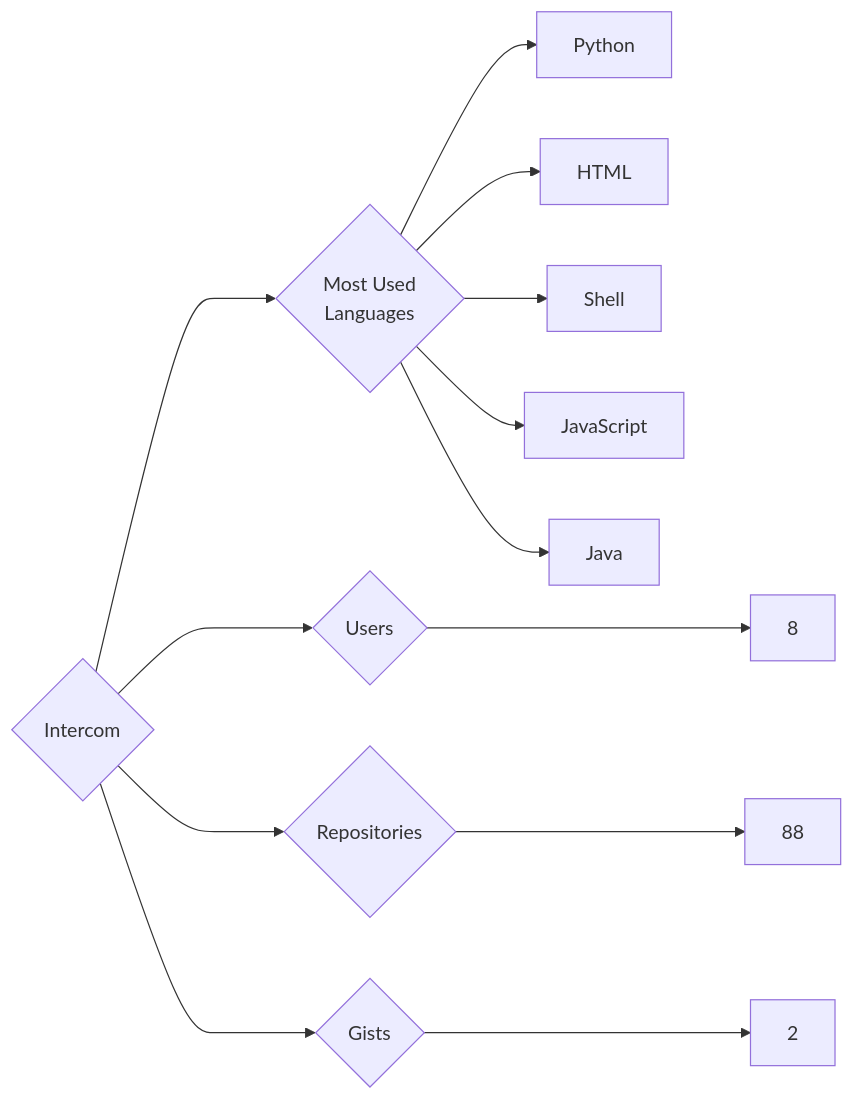
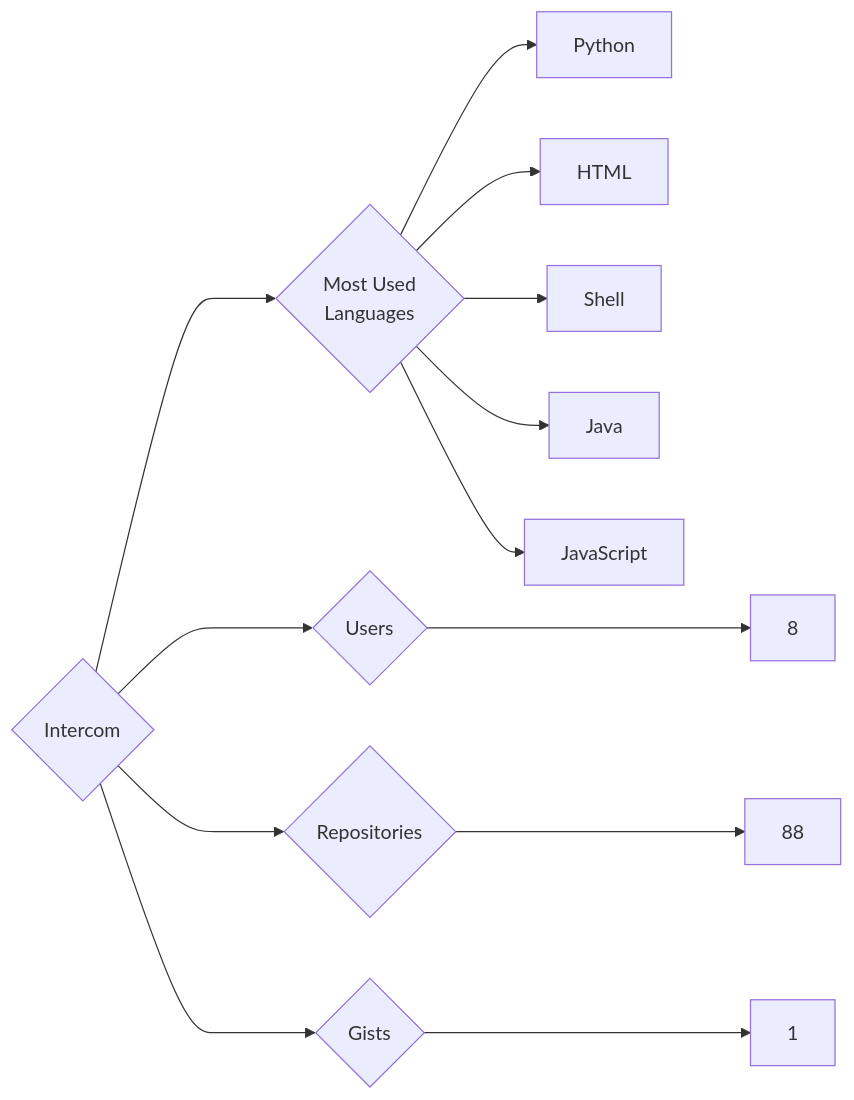
The diagram in targets/Intercom/README.md (trickest/insiders), drawn with Mermaid before and after one commit. The commit also changed 1007 other files, not shown here.

````diff
--- a/targets/Intercom/README.md
+++ b/targets/Intercom/README.md
@@ -3,13 +3,13 @@
 ```mermaid
 graph LR
 COMPANY_NAME{Intercom}
 COMPANY_NAME ---> U{Users} ---> UN[8]
 COMPANY_NAME ---> R{Repositories} ---> RN[88]
-COMPANY_NAME ---> G{Gists} ---> GN[2]
+COMPANY_NAME ---> G{Gists} ---> GN[1]
 COMPANY_NAME ---> ML{Most Used<br>Languages}
 ML --> Python[Python]
 ML --> HTML[HTML]
 ML --> Shell[Shell]
+ML --> Java[Java]
 ML --> JavaScript[JavaScript]
-ML --> Java[Java]
 ```
````
